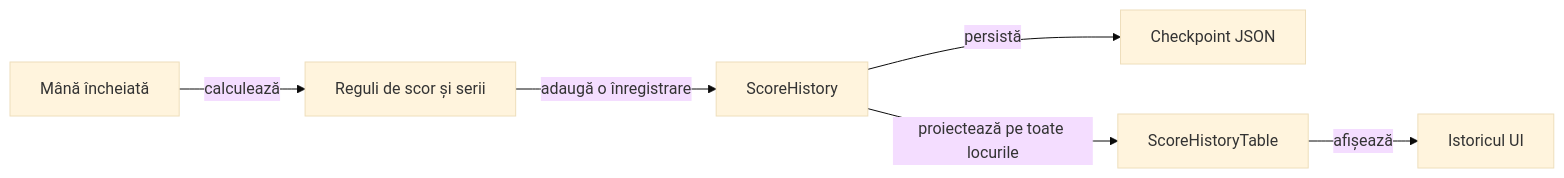
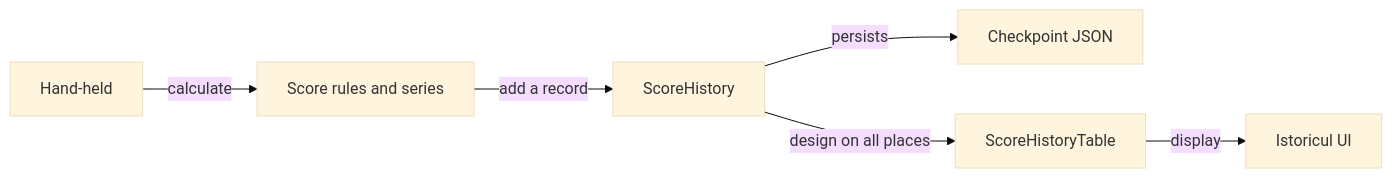
Before and after one commit to crististefanita/atf_j4: the diagram in docs/game/ATF_ScoreHistory.md, drawn with Mermaid (base theme). The commit also changed other lines of this file and 122 other files, not shown here.

````diff
--- a/docs/game/ATF_ScoreHistory.md
+++ b/docs/game/ATF_ScoreHistory.md
@@ -15,8 +15,8 @@
 ```mermaid
 flowchart LR
-    END[Mână încheiată] -->|calculează| SCORE[Reguli de scor și serii]
-    SCORE -->|adaugă o înregistrare| HISTORY[ScoreHistory]
-    HISTORY -->|persistă| STORE[Checkpoint JSON]
-    HISTORY -->|proiectează pe toate locurile| COLUMN[ScoreHistoryTable]
-    COLUMN -->|afișează| VIEW[Istoricul UI]
+    END[Hand-held] -->|calculate| SCORE[Score rules and series]
+    SCORE -->|add a record| HISTORY[ScoreHistory]
+    HISTORY -->|persists| STORE[Checkpoint JSON]
+    HISTORY -->|design on all places| COLUMN[ScoreHistoryTable]
+    COLUMN -->|display| VIEW[Istoricul UI]
 ```
````
